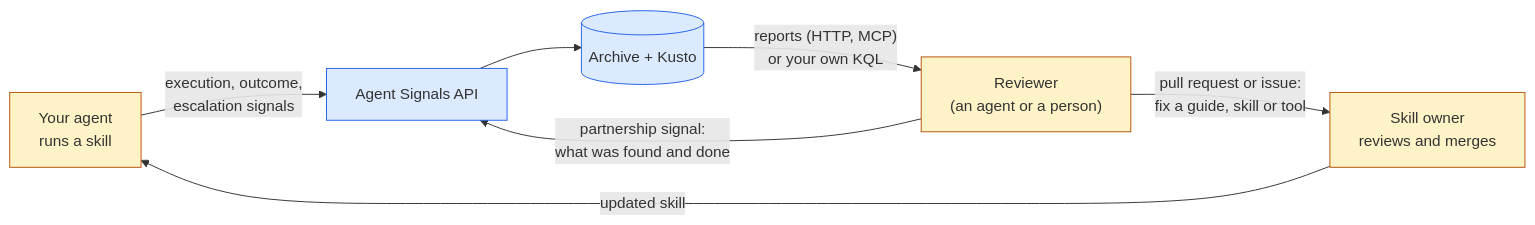
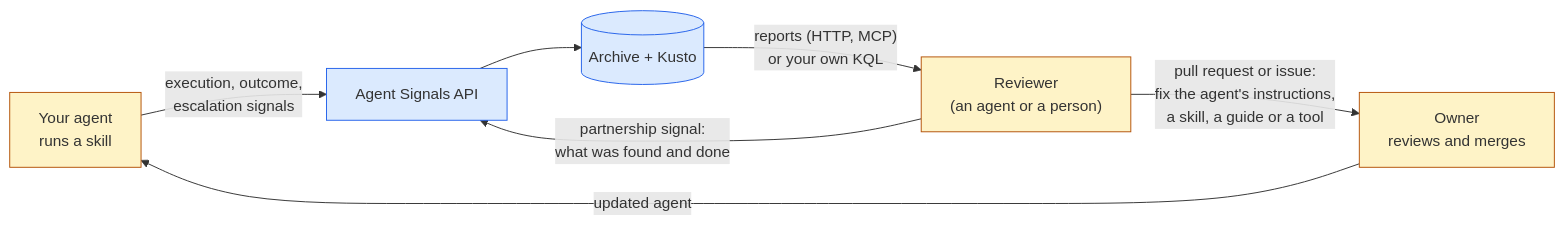
One commit to jmprieur/agent-signals-service changed the diagram in docs/improving-agents.md. Above: the diagram before and after it, drawn with Mermaid. The commit also changed other lines of this file and 1 other file, not shown here.

Commit message:
Show the agent's own instructions as a place a fix can land

````diff
--- a/docs/improving-agents.md
+++ b/docs/improving-agents.md
@@ -14,14 +15,14 @@
 ```mermaid
 flowchart LR
     Agent["Your agent<br/>runs a skill"] -->|"execution, outcome,<br/>escalation signals"| API["Agent Signals API"]
     API --> Store[("Archive + Kusto")]
     Store -->|"reports (HTTP, MCP)<br/>or your own KQL"| Reviewer["Reviewer<br/>(an agent or a person)"]
-    Reviewer -->|"pull request or issue:<br/>fix a guide, skill or tool"| Owner["Skill owner<br/>reviews and merges"]
-    Owner -->|"updated skill"| Agent
+    Reviewer -->|"pull request or issue:<br/>fix the agent's instructions,<br/>a skill, a guide or a tool"| Owner["Owner<br/>reviews and merges"]
+    Owner -->|"updated agent"| Agent
     Reviewer -->|"partnership signal:<br/>what was found and done"| API
 
     classDef provided fill:#dbeafe,stroke:#2563eb;
     classDef yours fill:#fef3c7,stroke:#b45309;
     class API,Store provided;
     class Agent,Reviewer,Owner yours;
 ```
````
